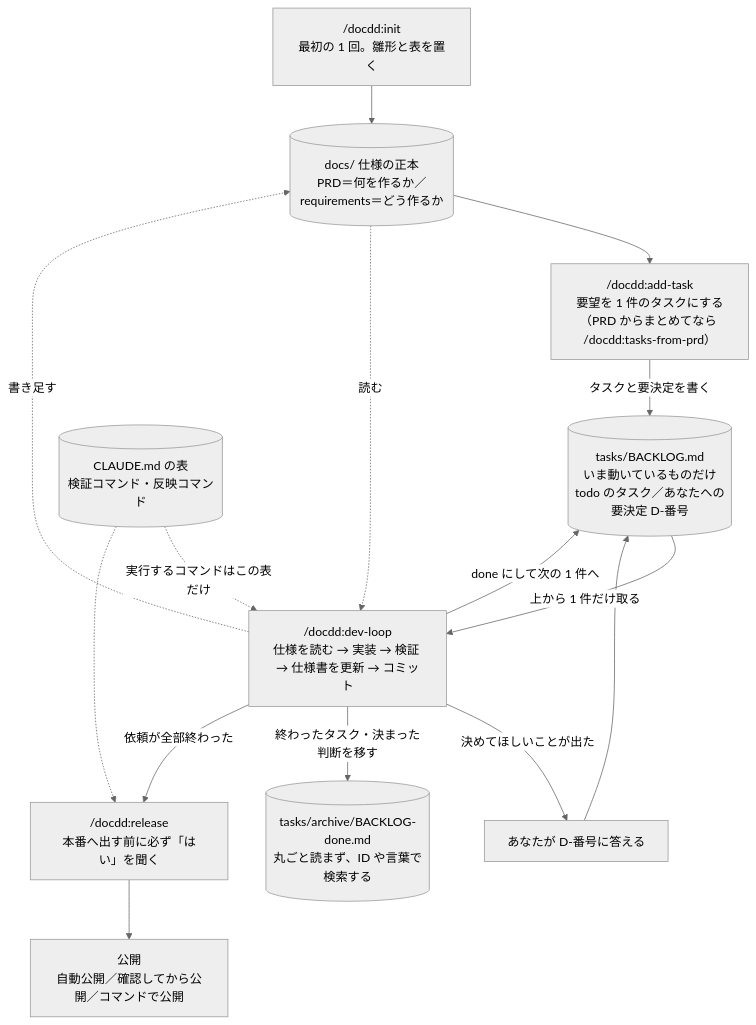
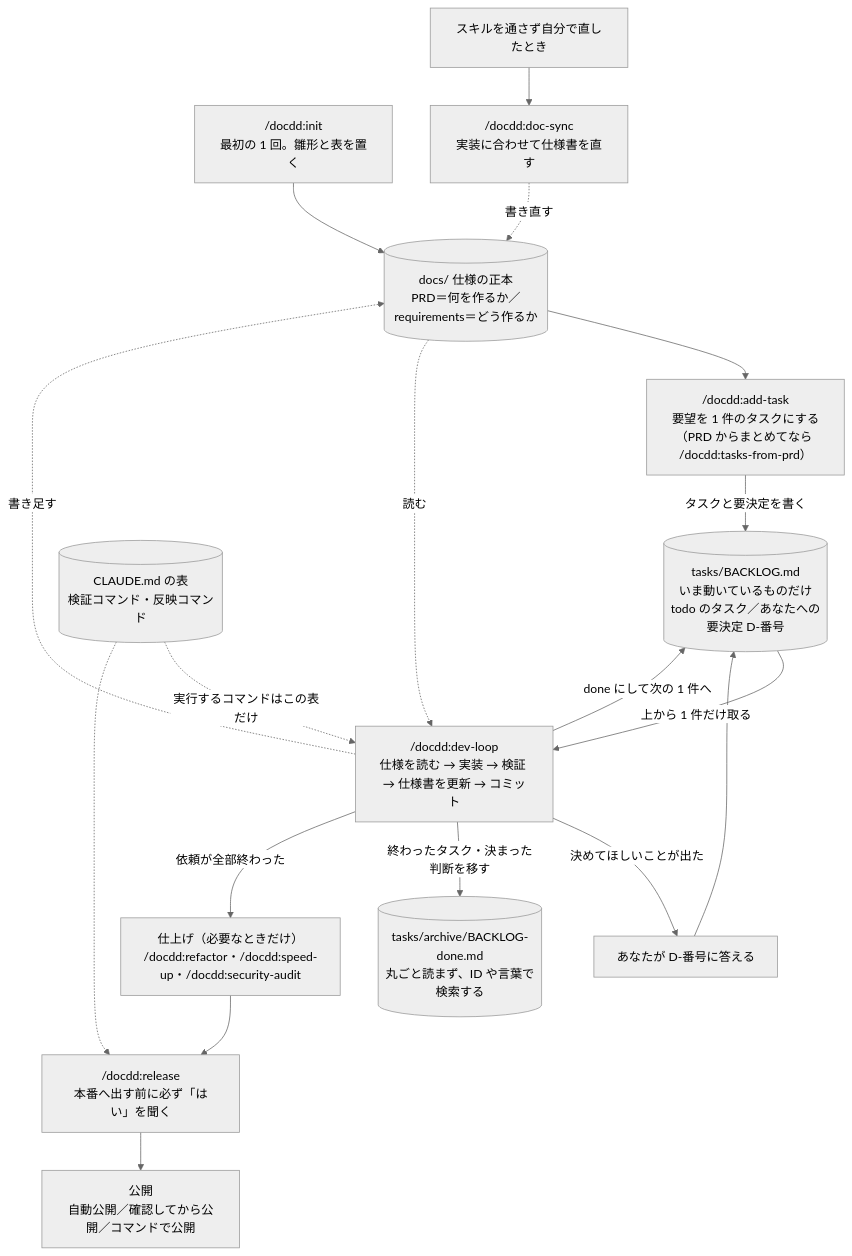
One commit to no1013kota/claude-docdd-dev-kit changed the diagram in README.md. Above: the diagram before and after it, drawn with Mermaid (neutral theme). The commit also changed other lines of this file and 14 other files, not shown here.

````diff
--- a/README.md
+++ b/README.md
@@ -15,17 +15,20 @@
 ```mermaid
 flowchart TD
   I["/docdd:init<br/>最初の 1 回。雛形と表を置く"] --> S
   S[("docs/ 仕様の正本<br/>PRD＝何を作るか／requirements＝どう作るか")] --> A["/docdd:add-task<br/>要望を 1 件のタスクにする<br/>（PRD からまとめてなら /docdd:tasks-from-prd）"]
   A -->|タスクと要決定を書く| B[("tasks/BACKLOG.md<br/>いま動いているものだけ<br/>todo のタスク／あなたへの要決定 D-番号")]
   B -->|上から 1 件だけ取る| D["/docdd:dev-loop<br/>仕様を読む → 実装 → 検証 → 仕様書を更新 → コミット"]
   S -.->|読む| D
   D -.->|書き足す| S
   D -->|決めてほしいことが出た| Q["あなたが D-番号に答える"]
   Q --> B
   D -->|done にして次の 1 件へ| B
   D -->|終わったタスク・決まった判断を移す| AR[("tasks/archive/BACKLOG-done.md<br/>丸ごと読まず、ID や言葉で検索する")]
-  D -->|依頼が全部終わった| R["/docdd:release<br/>本番へ出す前に必ず「はい」を聞く"]
+  X["スキルを通さず自分で直したとき"] --> DS["/docdd:doc-sync<br/>実装に合わせて仕様書を直す"]
+  DS -.->|書き直す| S
+  D -->|依頼が全部終わった| F["仕上げ（必要なときだけ）<br/>/docdd:refactor・/docdd:speed-up・/docdd:security-audit"]
+  F --> R["/docdd:release<br/>本番へ出す前に必ず「はい」を聞く"]
   R --> L["公開<br/>自動公開／確認してから公開／コマンドで公開"]
   C[("CLAUDE.md の表<br/>検証コマンド・反映コマンド")] -.->|実行するコマンドはこの表だけ| D
   C -.-> R
 ```
````
